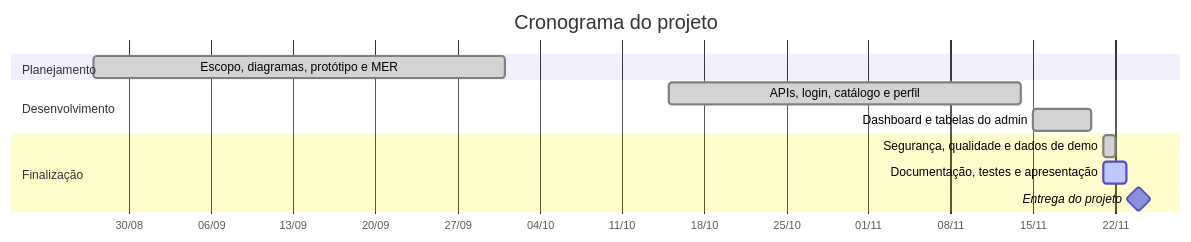
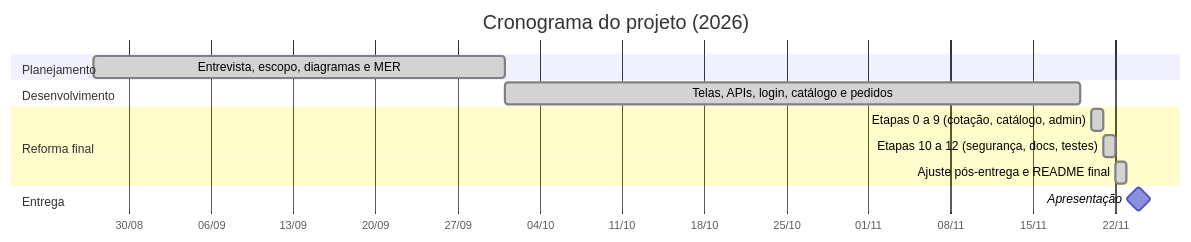
Before and after one commit to Protagonistas-ADS/PI-2: diagram 15 of 15 in README.md, drawn with Mermaid. The commit also changed other lines of this file, not shown here.

Commit message:
docs(readme): reescrever o README com visão completa do projeto

````diff
--- a/README.md
+++ b/README.md
@@ -1082,15 +1436,16 @@
 ```mermaid
 gantt
-    title Cronograma do projeto
+    title Cronograma do projeto (2026)
     dateFormat YYYY-MM-DD
     axisFormat %d/%m
     section Planejamento
-    Escopo, diagramas, protótipo e MER   :done, plan, 2026-08-27, 2026-10-01
+    Entrevista, escopo, diagramas e MER      :done, plan, 2026-08-27, 2026-10-01
     section Desenvolvimento
-    APIs, login, catálogo e perfil       :done, dev, 2026-10-15, 2026-11-14
-    Dashboard e tabelas do admin         :done, adm, 2026-11-15, 2026-11-20
-    section Finalização
-    Segurança, qualidade e dados de demo :done, qual, 2026-11-21, 1d
-    Documentação, testes e apresentação  :active, doc, 2026-11-21, 2026-11-23
-    Entrega do projeto                   :milestone, ent, 2026-11-24, 0d
+    Telas, APIs, login, catálogo e pedidos   :done, dev, 2026-10-01, 2026-11-19
+    section Reforma final
+    Etapas 0 a 9 (cotação, catálogo, admin)  :done, ref, 2026-11-20, 1d
+    Etapas 10 a 12 (segurança, docs, testes) :done, fin, 2026-11-21, 1d
+    Ajuste pós-entrega e README final        :done, pos, 2026-11-22, 1d
+    section Entrega
+    Apresentação                             :milestone, ent, 2026-11-24, 0d
 ```
````
